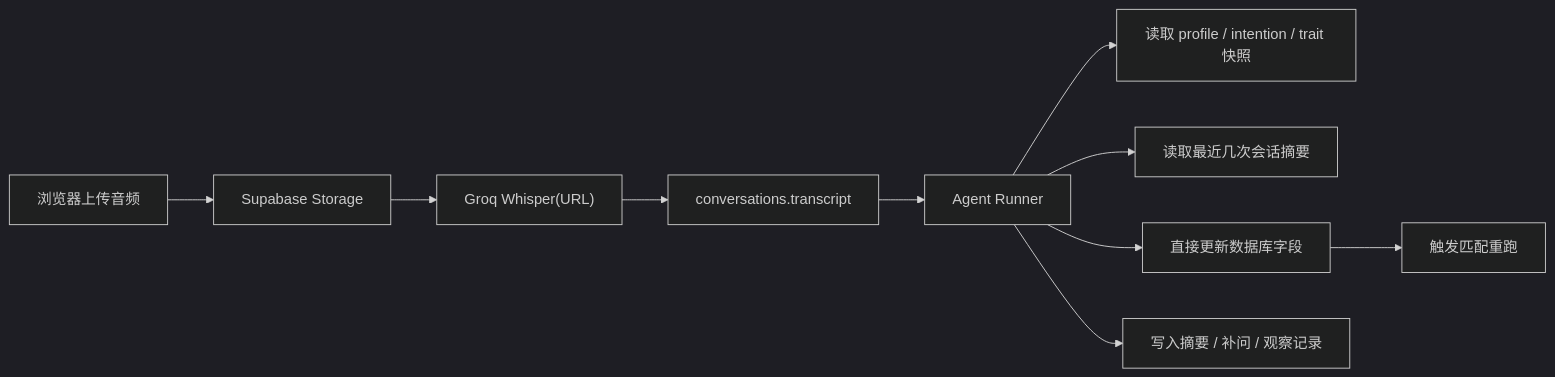
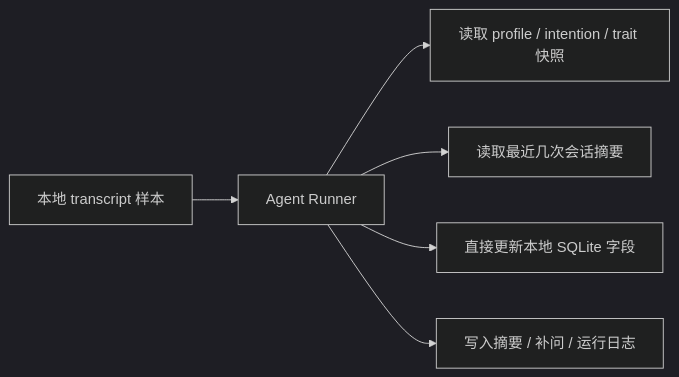
One commit to MeiYanDong/matchmaking-studio changed the diagram in docs/agent-worker-poc.md. Above: the diagram before and after it, drawn with Mermaid (dark theme). The commit also changed other lines of this file and 15 other files, not shown here.

````diff
--- a/docs/agent-worker-poc.md
+++ b/docs/agent-worker-poc.md
@@ -218,12 +218,8 @@
 ```mermaid
 flowchart LR
-  A["浏览器上传音频"] --> B["Supabase Storage"]
-  B --> C["Groq Whisper(URL)"]
-  C --> D["conversations.transcript"]
-  D --> E["Agent Runner"]
-  E --> F["读取 profile / intention / trait 快照"]
-  E --> G["读取最近几次会话摘要"]
-  E --> H["直接更新数据库字段"]
-  E --> I["写入摘要 / 补问 / 观察记录"]
-  H --> J["触发匹配重跑"]
+  A["本地 transcript 样本"] --> B["Agent Runner"]
+  B --> C["读取 profile / intention / trait 快照"]
+  B --> D["读取最近几次会话摘要"]
+  B --> E["直接更新本地 SQLite 字段"]
+  B --> F["写入摘要 / 补问 / 运行日志"]
 ```
````
